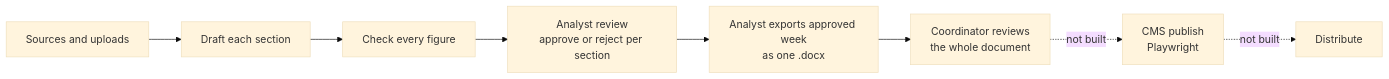
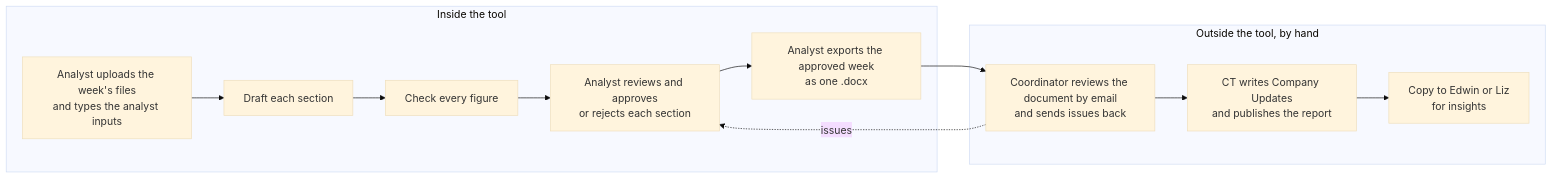
The first of 2 diagrams in README.md (clivemisiko/Cytonn_Weekly), drawn with Mermaid (base theme) before and after one commit. The commit also changed other lines of this file, not shown here.

````diff
--- a/README.md
+++ b/README.md
@@ -15,10 +15,17 @@
 ```mermaid
 flowchart LR
-    A[Sources and uploads] --> B[Draft each section]
-    B --> C[Check every figure]
-    C --> D[Analyst review<br/>approve or reject per section]
-    D --> F[Analyst exports approved week<br/>as one .docx]
-    F --> E[Coordinator reviews<br/>the whole document]
-    E -.not built.-> G[CMS publish<br/>Playwright]
-    G -.not built.-> H[Distribute]
+    subgraph TOOL["Inside the tool"]
+        A["Analyst uploads the week's files<br/>and types the analyst inputs"] --> B["Draft each section"]
+        B --> C["Check every figure"]
+        C --> D["Analyst reviews and approves<br/>or rejects each section"]
+        D --> E["Analyst exports the approved week<br/>as one .docx"]
+    end
+    subgraph OUT["Outside the tool, by hand"]
+        F["Coordinator reviews the document by email<br/>and sends issues back"]
+        G["CT writes Company Updates<br/>and publishes the report"]
+        H["Copy to Edwin or Liz<br/>for insights"]
+    end
+    E --> F
+    F -.issues.-> D
+    F --> G --> H
 ```
````
